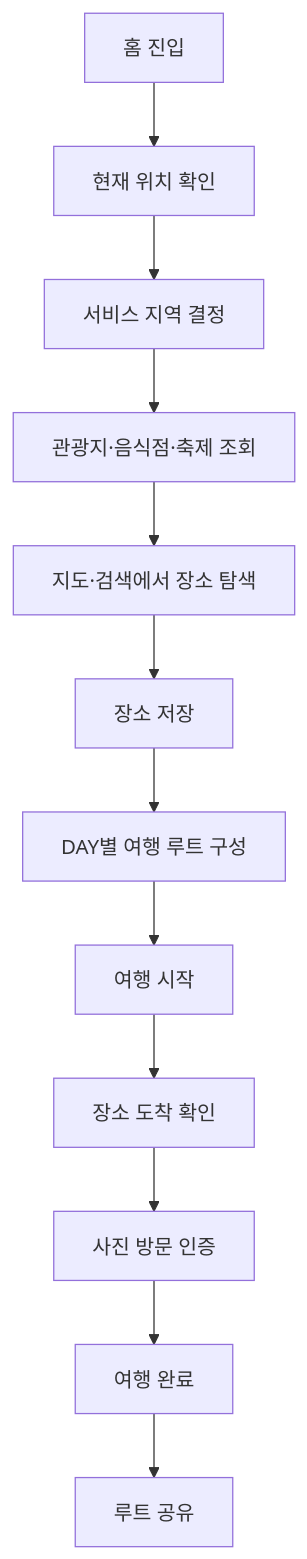
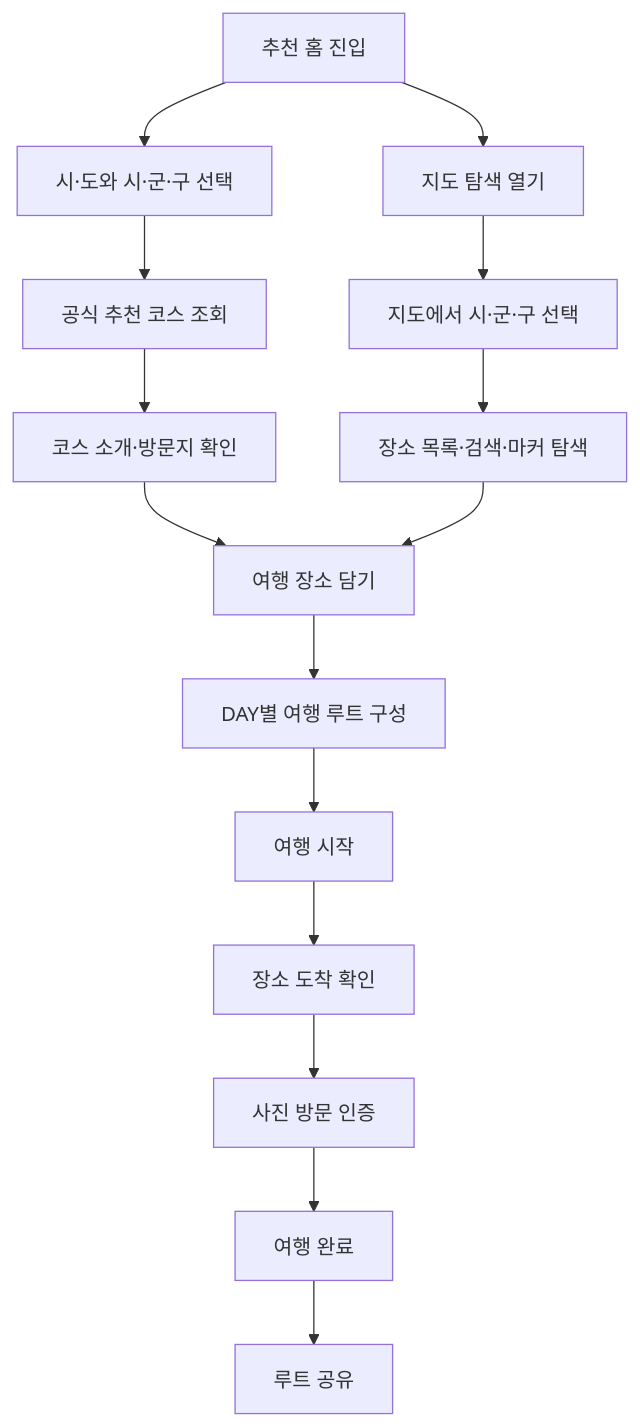
One commit to MyeongwuKim/routeone changed the second of 2 diagrams in README.md. Above: the diagram before and after it, drawn with Mermaid. The commit also changed other lines of this file, not shown here.

````diff
--- a/README.md
+++ b/README.md
@@ -75,14 +92,17 @@
 ```mermaid
 flowchart TD
-    Open[홈 진입] --> Position[현재 위치 확인]
-    Position --> Region[서비스 지역 결정]
-    Region --> Places[관광지·음식점·축제 조회]
-    Places --> Explore[지도·검색에서 장소 탐색]
-    Explore --> Cart[장소 저장]
+    Open[추천 홈 진입] --> Region[시·도와 시·군·구 선택]
+    Region --> Course[공식 추천 코스 조회]
+    Course --> Detail[코스 소개·방문지 확인]
+    Detail --> Cart[여행 장소 담기]
+    Open --> Map[지도 탐색 열기]
+    Map --> Tap[지도에서 시·군·구 선택]
+    Tap --> Places[장소 목록·검색·마커 탐색]
+    Places --> Cart
     Cart --> Plan[DAY별 여행 루트 구성]
     Plan --> Start[여행 시작]
     Start --> Arrival[장소 도착 확인]
     Arrival --> Verify[사진 방문 인증]
     Verify --> Complete[여행 완료]
     Complete --> Share[루트 공유]
 ```
````
